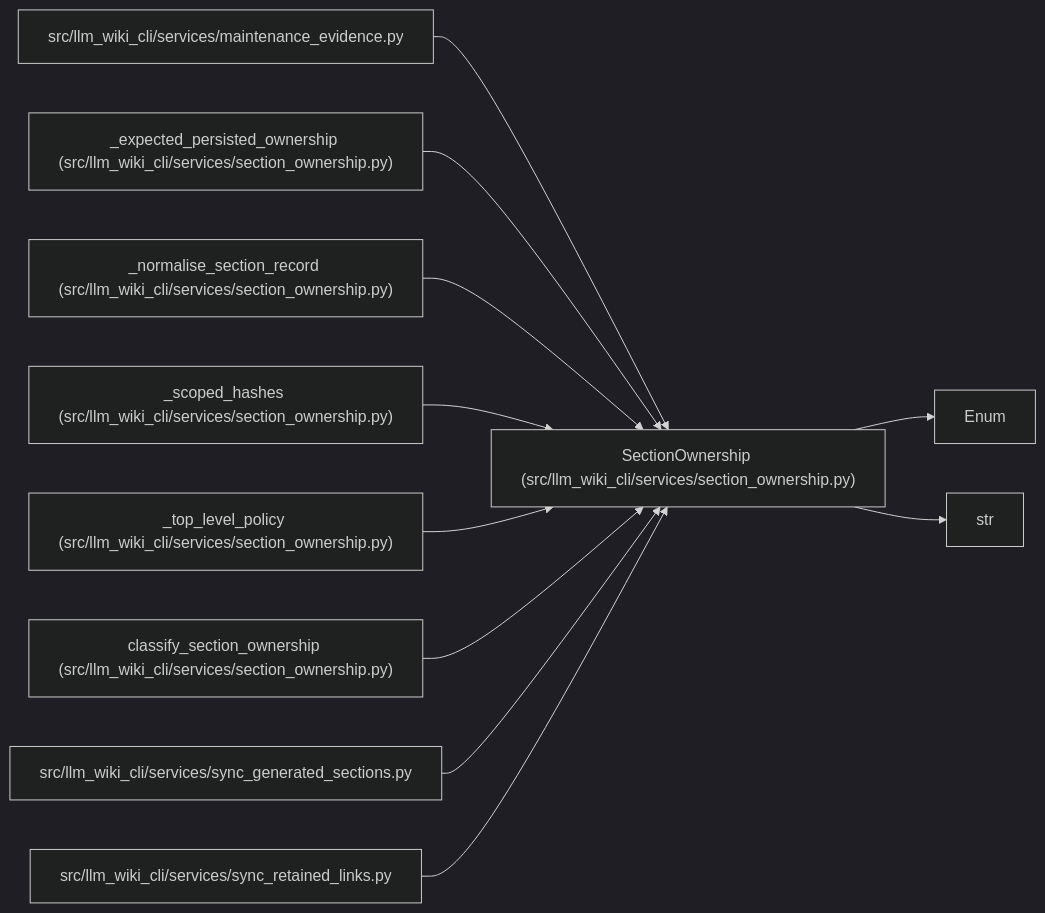
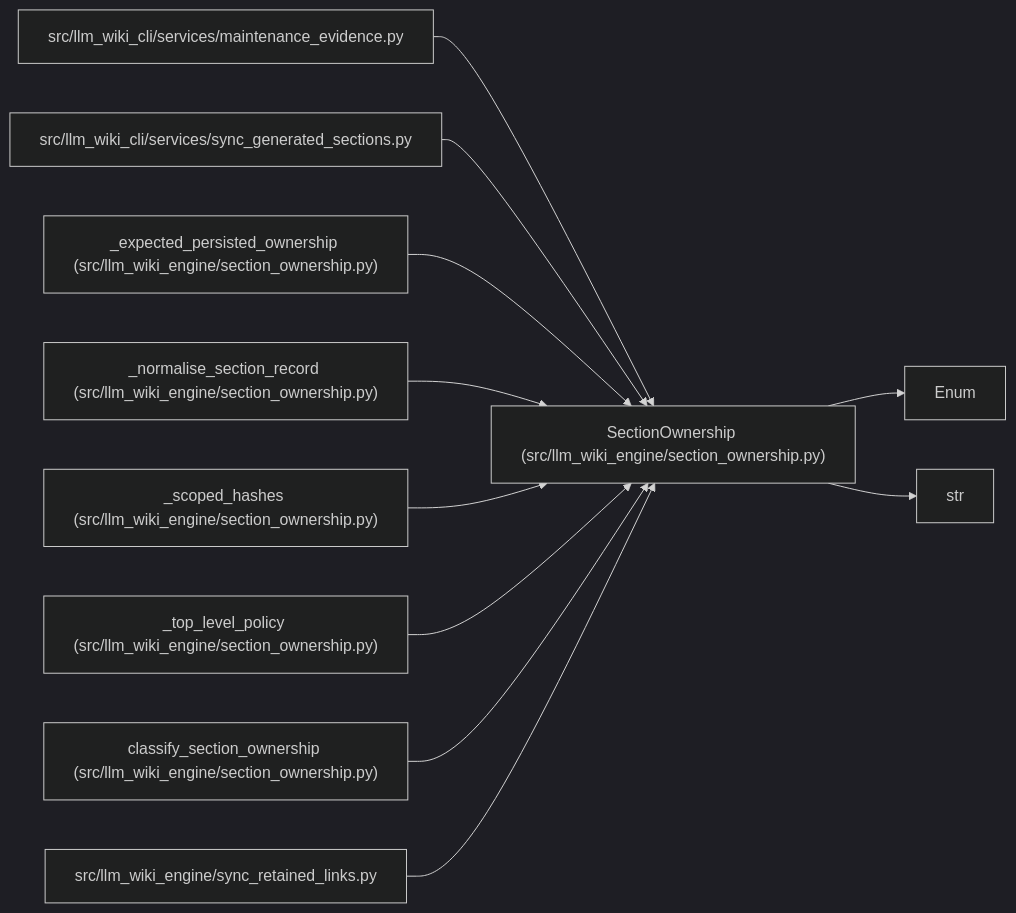
The diagram in docs/llm_wiki/entities/SectionOwnership.md (Denissvgn/python-wiki-llm), drawn with Mermaid (dark theme) before and after one commit. The commit also changed other lines of this file and 1103 other files, not shown here.

First line of the commit message:
docs: refresh the wiki for the llm-wiki-engine distribution

````diff
--- a/docs/llm_wiki/entities/SectionOwnership.md
+++ b/docs/llm_wiki/entities/SectionOwnership.md
@@ -28,33 +28,33 @@
 ```mermaid
 flowchart LR
-    n0["SectionOwnership (src/llm_wiki_cli/services/section_ownership.py)"]
+    n0["SectionOwnership (src/llm_wiki_engine/section_ownership.py)"]
     n1["Enum"]
     n2["str"]
     n3["src/llm_wiki_cli/services/maintenance_evidence.py"]
-    n4["_expected_persisted_ownership (src/llm_wiki_cli/services/section_ownership.py)"]
-    n5["_normalise_section_record (src/llm_wiki_cli/services/section_ownership.py)"]
-    n6["_scoped_hashes (src/llm_wiki_cli/services/section_ownership.py)"]
-    n7["_top_level_policy (src/llm_wiki_cli/services/section_ownership.py)"]
-    n8["classify_section_ownership (src/llm_wiki_cli/services/section_ownership.py)"]
-    n9["src/llm_wiki_cli/services/sync_generated_sections.py"]
-    n10["src/llm_wiki_cli/services/sync_retained_links.py"]
+    n4["src/llm_wiki_cli/services/sync_generated_sections.py"]
+    n5["_expected_persisted_ownership (src/llm_wiki_engine/section_ownership.py)"]
+    n6["_normalise_section_record (src/llm_wiki_engine/section_ownership.py)"]
+    n7["_scoped_hashes (src/llm_wiki_engine/section_ownership.py)"]
+    n8["_top_level_policy (src/llm_wiki_engine/section_ownership.py)"]
+    n9["classify_section_ownership (src/llm_wiki_engine/section_ownership.py)"]
+    n10["src/llm_wiki_engine/sync_retained_links.py"]
     n0 --> n1
     n0 --> n2
     n3 --> n0
     n4 --> n0
     n5 --> n0
     n6 --> n0
     n7 --> n0
     n8 --> n0
     n9 --> n0
     n10 --> n0
     click n0 "../modules/section_ownership.md"
     click n3 "../modules/maintenance_evidence.md"
-    click n4 "../modules/section_ownership.md"
+    click n4 "../modules/sync_generated_sections.md"
     click n5 "../modules/section_ownership.md"
     click n6 "../modules/section_ownership.md"
     click n7 "../modules/section_ownership.md"
     click n8 "../modules/section_ownership.md"
-    click n9 "../modules/sync_generated_sections.md"
+    click n9 "../modules/section_ownership.md"
     click n10 "../modules/sync_retained_links.md"
 ```
````
